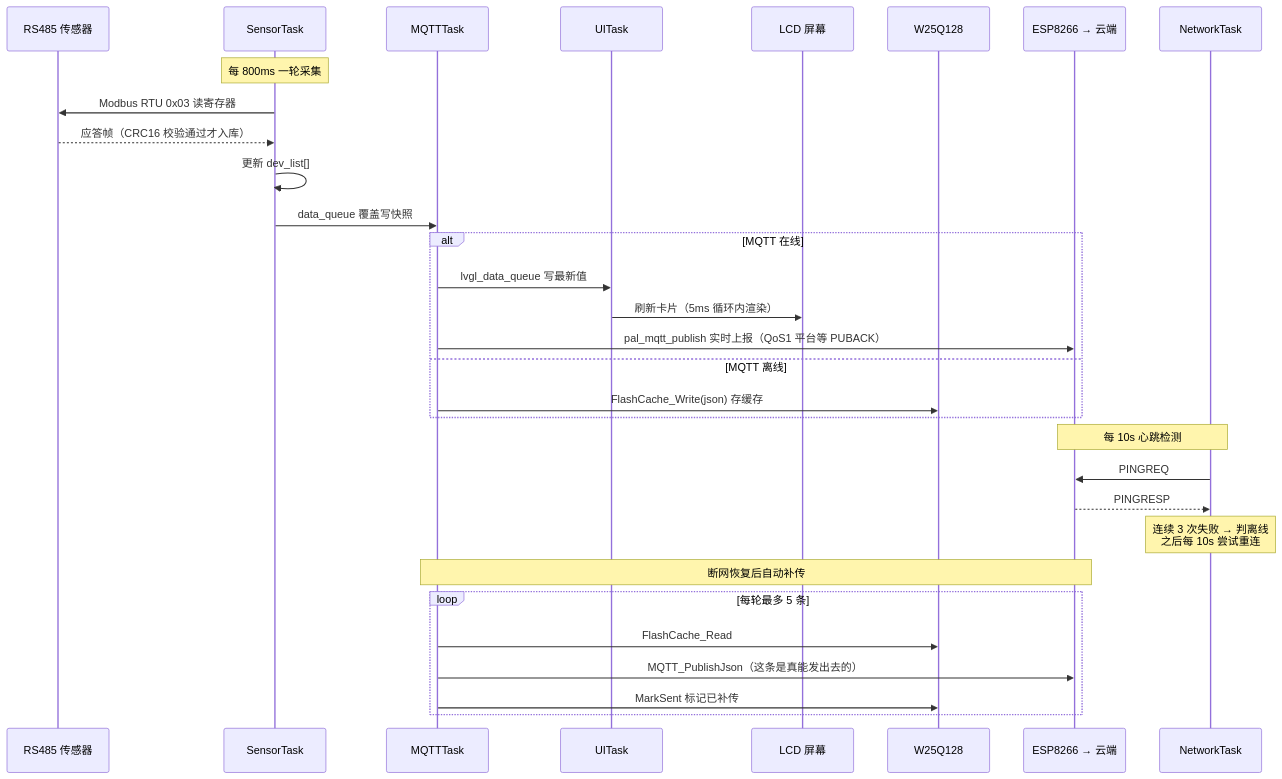
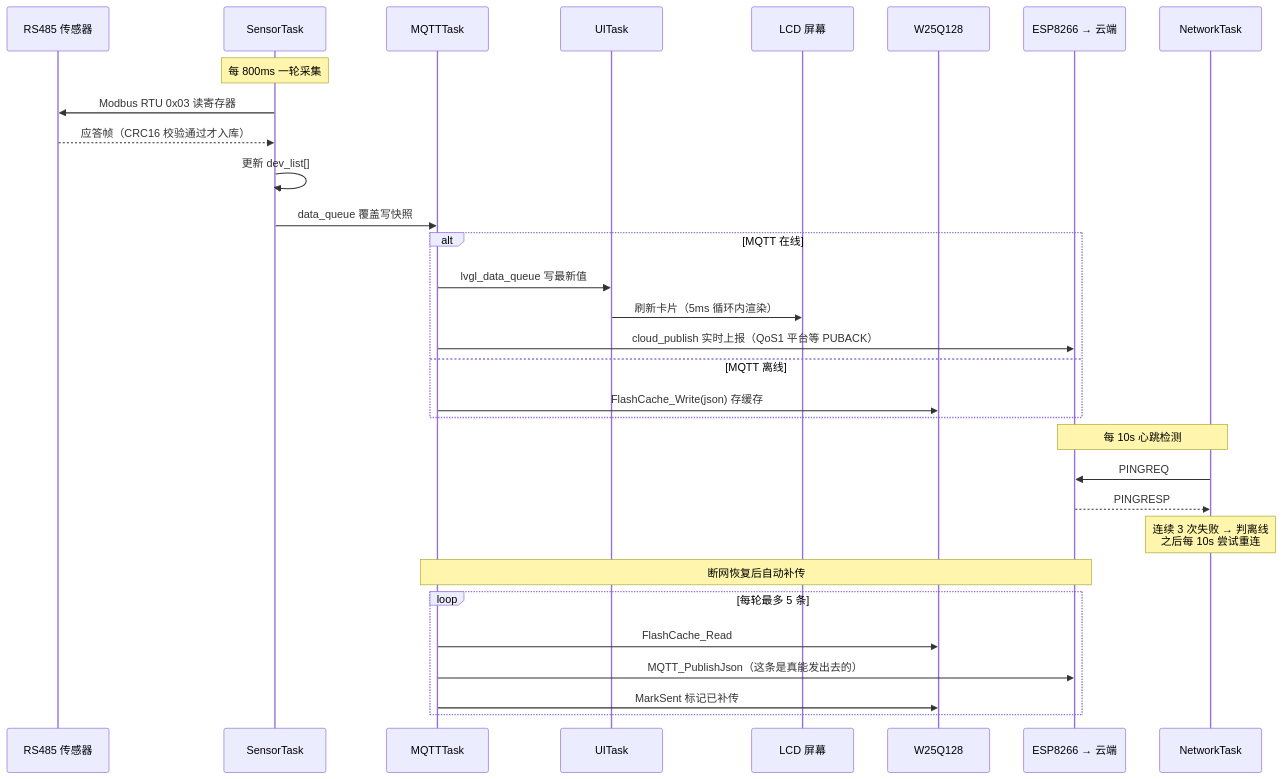
The second of 2 diagrams in docs/系统架构.md (Lab0x-Embedded/industrial-edge-gateway), drawn with Mermaid before and after one commit. The commit also changed other lines of this file and 18 other files, not shown here.

````diff
--- a/docs/系统架构.md
+++ b/docs/系统架构.md
@@ -85,37 +85,37 @@
 ```mermaid
 sequenceDiagram
     participant SEN as RS485 传感器
     participant ST as SensorTask
     participant MT as MQTTTask
     participant UI as UITask
     participant LCD as LCD 屏幕
     participant FL as W25Q128
     participant ESP as ESP8266 → 云端
     participant NET as NetworkTask
 
     Note over ST: 每 800ms 一轮采集
     ST->>SEN: Modbus RTU 0x03 读寄存器
     SEN-->>ST: 应答帧（CRC16 校验通过才入库）
     ST->>ST: 更新 dev_list[]
     ST->>MT: data_queue 覆盖写快照
 
     alt MQTT 在线
         MT->>UI: lvgl_data_queue 写最新值
         UI->>LCD: 刷新卡片（5ms 循环内渲染）
-        MT->>ESP: pal_mqtt_publish 实时上报（QoS1 平台等 PUBACK）
+        MT->>ESP: cloud_publish 实时上报（QoS1 平台等 PUBACK）
     else MQTT 离线
         MT->>FL: FlashCache_Write(json) 存缓存
     end
 
     Note over NET,ESP: 每 10s 心跳检测
     NET->>ESP: PINGREQ
     ESP-->>NET: PINGRESP
     Note over NET: 连续 3 次失败 → 判离线<br/>之后每 10s 尝试重连
 
     Note over MT,ESP: 断网恢复后自动补传
     loop 每轮最多 5 条
         MT->>FL: FlashCache_Read
         MT->>ESP: MQTT_PublishJson（这条是真能发出去的）
         MT->>FL: MarkSent 标记已补传
     end
 ```
````
